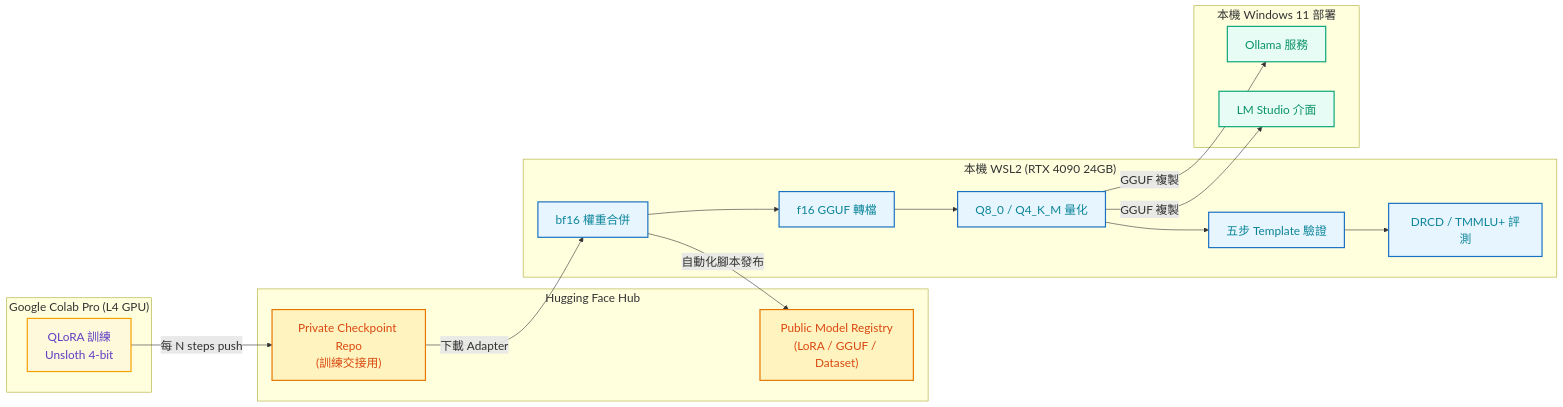
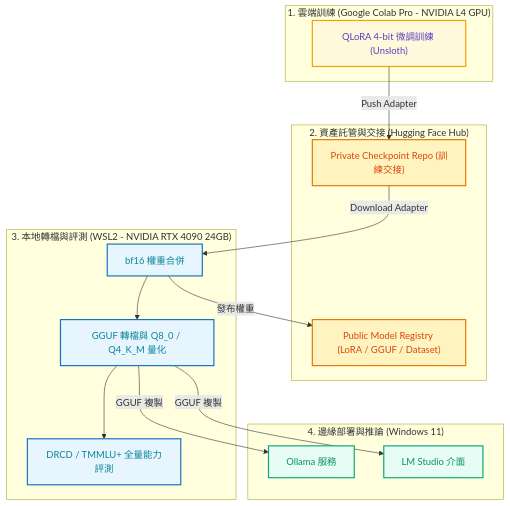
The second of 2 diagrams in README.md (kuotunyu/local-llm-lifecycle), drawn with Mermaid before and after one commit. The commit also changed other lines of this file, not shown here.

Commit message:
docs: balance proportions for both Mermaid flowcharts to eliminate size mismatch

````diff
--- a/README.md
+++ b/README.md
@@ -58,37 +47,37 @@
 ```mermaid
-%%{init: {'themeVariables': {'fontSize': '20px'}}}%%
-flowchart LR
-    subgraph COLAB ["Google Colab Pro (L4 GPU)"]
-        T["QLoRA 訓練<br/>Unsloth 4-bit"]
+%%{init: {'themeVariables': {'fontSize': '16px'}}}%%
+flowchart TD
+    subgraph S1 ["1. 雲端訓練 (Google Colab Pro - NVIDIA L4 GPU)"]
+        T["QLoRA 4-bit 微調訓練 (Unsloth)"]
     end
 
-    subgraph HUB ["Hugging Face Hub"]
-        CKPT["Private Checkpoint Repo<br/>(訓練交接用)"]
-        PUB["Public Model Registry<br/>(LoRA / GGUF / Dataset)"]
+    subgraph S2 ["2. 資產託管與交接 (Hugging Face Hub)"]
+        CKPT["Private Checkpoint Repo (訓練交接)"]
+        PUB["Public Model Registry (LoRA / GGUF / Dataset)"]
     end
 
-    subgraph WSL ["本機 WSL2 (RTX 4090 24GB)"]
-        M["bf16 權重合併"] --> CV["f16 GGUF 轉檔"] --> Q["Q8_0 / Q4_K_M 量化"] --> V["五步 Template 驗證"] --> E["DRCD / TMMLU+ 評測"]
+    subgraph S3 ["3. 本地轉檔與評測 (WSL2 - NVIDIA RTX 4090 24GB)"]
+        M["bf16 權重合併"] --> Q["GGUF 轉檔與 Q8_0 / Q4_K_M 量化"] --> E["DRCD / TMMLU+ 全量能力評測"]
     end
 
-    subgraph WIN ["本機 Windows 11 部署"]
+    subgraph S4 ["4. 邊緣部署與推論 (Windows 11)"]
         O["Ollama 服務"]
         L["LM Studio 介面"]
     end
 
-    T -->|"每 N steps push"| CKPT
-    CKPT -->|"下載 Adapter"| M
+    T -->|"Push Adapter"| CKPT
+    CKPT -->|"Download Adapter"| M
     Q -->|"GGUF 複製"| O
     Q -->|"GGUF 複製"| L
-    M -->|"自動化腳本發布"| PUB
+    M -->|"發布權重"| PUB
 
-    classDef colabStyle fill:#fff9db,stroke:#f59f00,stroke-width:2px,color:#5f3dc4
-    classDef hubStyle fill:#fff3bf,stroke:#e67700,stroke-width:2px,color:#d9480f
-    classDef wslStyle fill:#e7f5ff,stroke:#1971c2,stroke-width:2px,color:#0c8599
-    classDef winStyle fill:#e6fcf5,stroke:#0ca678,stroke-width:2px,color:#099268
+    classDef s1Style fill:#fff9db,stroke:#f59f00,stroke-width:2px,color:#5f3dc4
+    classDef s2Style fill:#fff3bf,stroke:#e67700,stroke-width:2px,color:#d9480f
+    classDef s3Style fill:#e7f5ff,stroke:#1971c2,stroke-width:2px,color:#0c8599
+    classDef s4Style fill:#e6fcf5,stroke:#0ca678,stroke-width:2px,color:#099268
 
-    class T colabStyle
-    class CKPT,PUB hubStyle
-    class M,CV,Q,V,E wslStyle
-    class O,L winStyle
+    class T s1Style
+    class CKPT,PUB s2Style
+    class M,Q,E s3Style
+    class O,L s4Style
 ```
````
